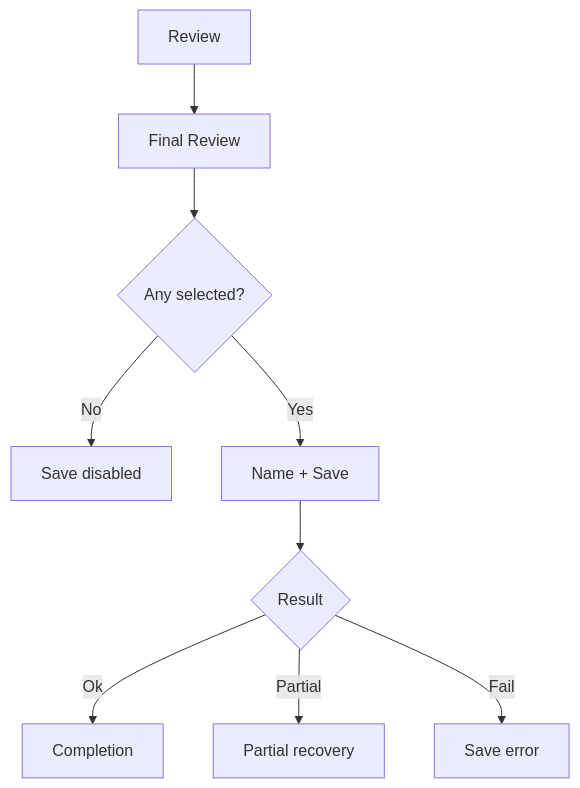
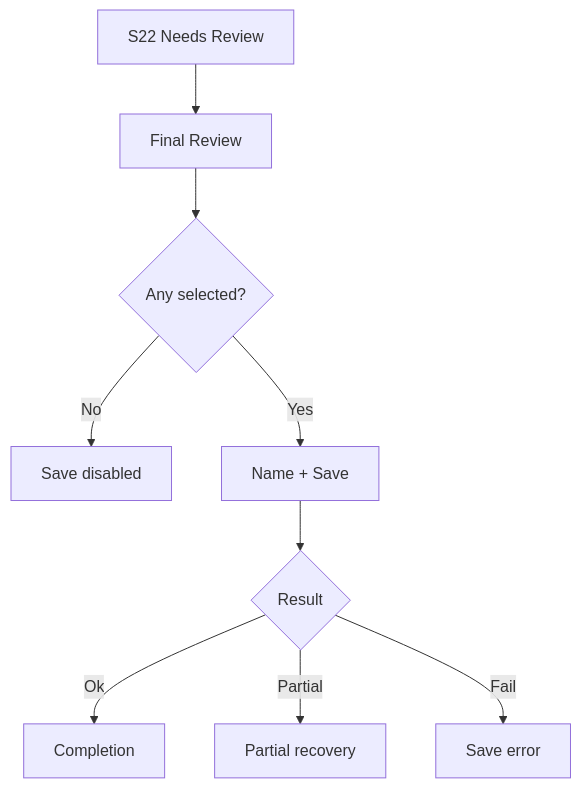
Before and after one commit to tungxuan1656/photo-curator: the fourth of 4 diagrams in docs/product-specs/ux-flows.md, drawn with Mermaid. The commit also changed other lines of this file and 18 other files, not shown here.

````diff
--- a/docs/product-specs/ux-flows.md
+++ b/docs/product-specs/ux-flows.md
@@ -536,11 +558,11 @@
 ```mermaid
 flowchart TD
-    A[Review] --> B[Final Review]
+    A[S22 Needs Review] --> B[Final Review]
     B --> C{Any selected?}
     C -- No --> D[Save disabled]
     C -- Yes --> E[Name + Save]
     E --> F{Result}
     F -- Ok --> H[Completion]
     F -- Partial --> I[Partial recovery]
     F -- Fail --> J[Save error]
 ```
````
